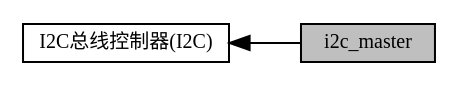
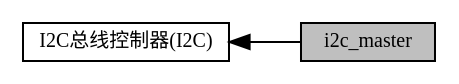
One commit to cuishengen/cuishengen.github.io changed the diagram in group__demo__if__i2c__master.dot. Above: the diagram before and after it, drawn with Graphviz. The commit also changed 212 other files, not shown here.

```diff
--- a/group__demo__if__i2c__master.dot
+++ b/group__demo__if__i2c__master.dot
@@ -1,9 +1,9 @@
 digraph "i2c_master"
 {
   edge [fontname="黑体",fontsize="10",labelfontname="黑体",labelfontsize="10"];
-  node [fontname="黑体",fontsize="10",shape=record];
+  node [fontname="黑体",fontsize="10",shape=box];
   rankdir=LR;
-  Node1 [label="I2C总线控制器(I2C)",height=0.2,width=0.4,color="black", fillcolor="white", style="filled",URL="$group__am__demo__i2c__all.html",tooltip="所有的I2C总线控制器相关例程 "];
-  Node0 [label="i2c_master",height=0.2,width=0.4,color="black", fillcolor="grey75", style="filled", fontcolor="black"];
+  Node1 [label="I2C总线控制器(I2C)",height=0.2,width=0.4,color="black", fillcolor="white", style="filled",URL="$group__am__demo__i2c__all.html",tooltip="所有的I2C总线控制器相关例程"];
+  Node0 [label="i2c_master",height=0.2,width=0.4,color="black", fillcolor="grey75", style="filled", fontcolor="black",tooltip=" "];
   Node1->Node0 [shape=plaintext, dir="back", style="solid"];
 }
```
